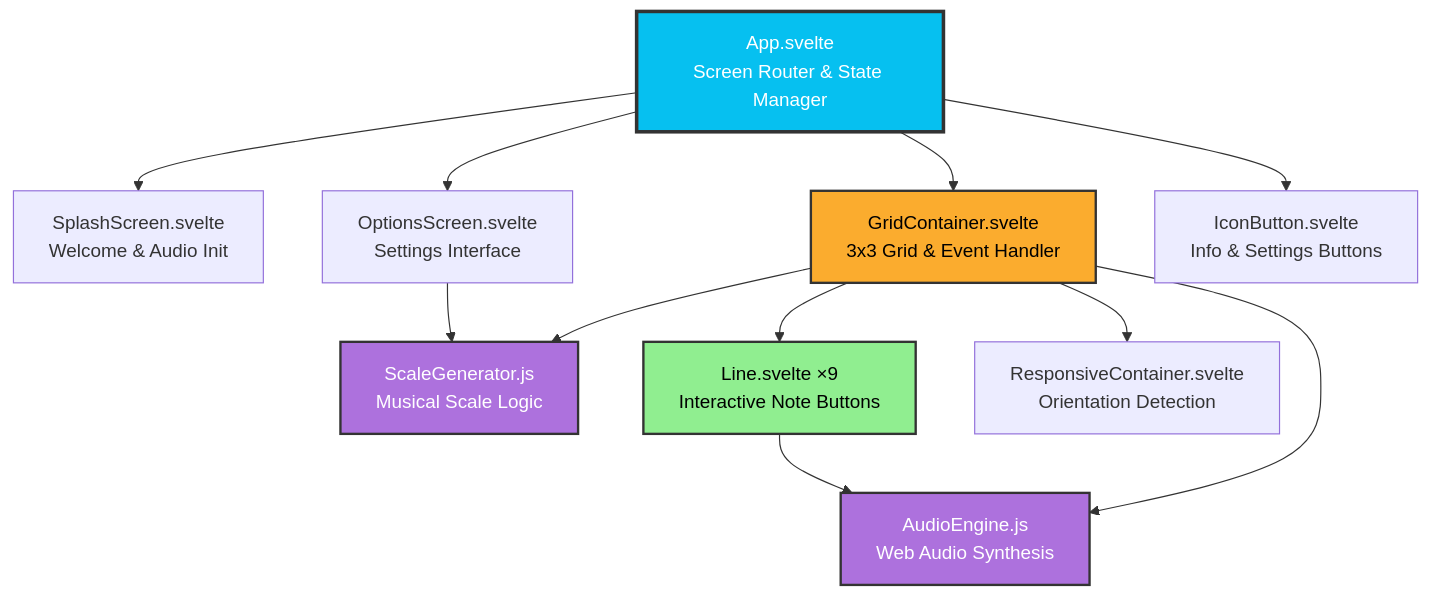
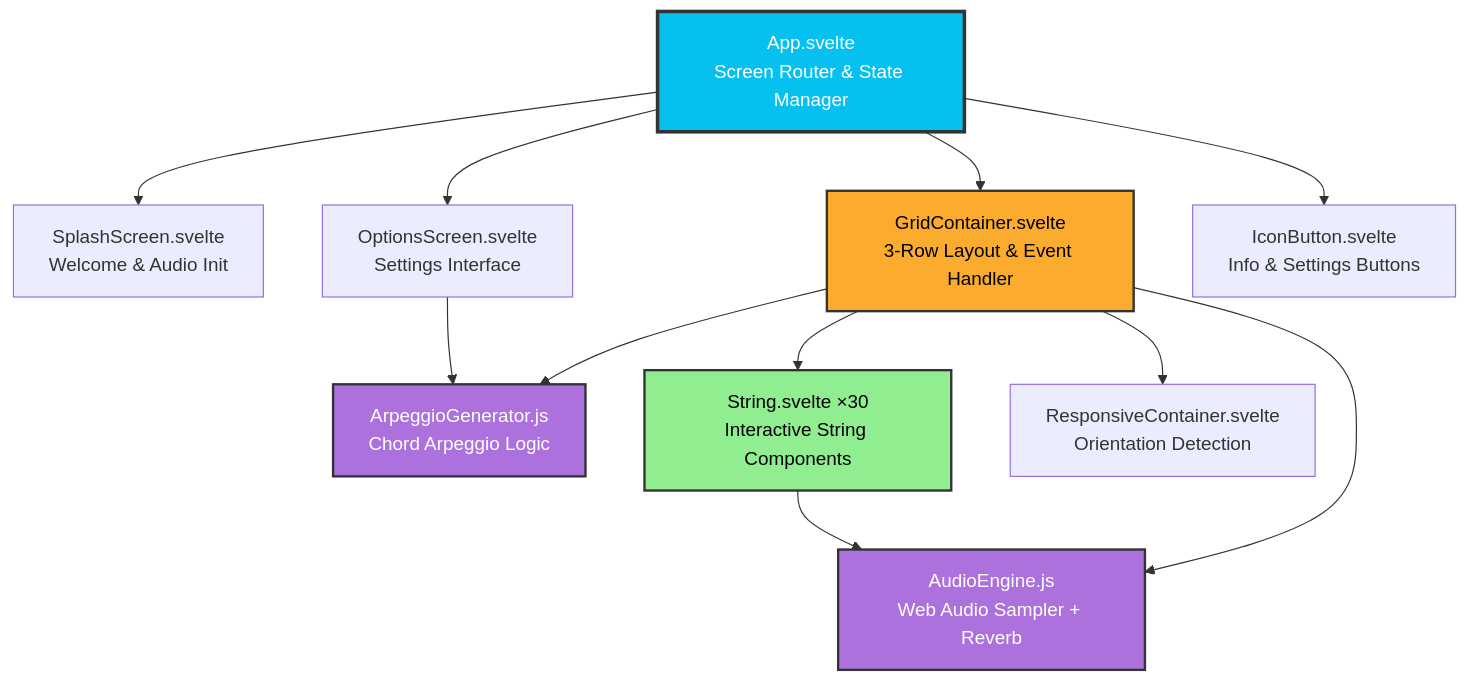
One commit to gawainhewitt/soundmakers_lines changed the diagram in README.md. Above: the diagram before and after it, drawn with Mermaid. The commit also changed other lines of this file and 4 other files, not shown here.

````diff
--- a/README.md
+++ b/README.md
@@ -133,24 +148,24 @@
 ```mermaid
 graph TD
     A[App.svelte<br/>Screen Router & State Manager] --> B[SplashScreen.svelte<br/>Welcome & Audio Init]
     A --> C[OptionsScreen.svelte<br/>Settings Interface]
-    A --> D[GridContainer.svelte<br/>3x3 Grid & Event Handler]
+    A --> D[GridContainer.svelte<br/>3-Row Layout & Event Handler]
     A --> E[IconButton.svelte<br/>Info & Settings Buttons]
     
-    D --> G[AudioEngine.js<br/>Web Audio Synthesis]
-    D --> H[ScaleGenerator.js<br/>Musical Scale Logic]
-    D --> F[Line.svelte ×9<br/>Interactive Note Buttons]
+    D --> G[AudioEngine.js<br/>Web Audio Sampler + Reverb]
+    D --> H[ArpeggioGenerator.js<br/>Chord Arpeggio Logic]
+    D --> F[String.svelte ×30<br/>Interactive String Components]
 
     
     C --> H
     
     F --> G
     
     D --> I[ResponsiveContainer.svelte<br/>Orientation Detection]
     
     style A fill:#06C0F0,stroke:#333,stroke-width:3px,color:#fff
     style D fill:#FBAC2E,stroke:#333,stroke-width:2px,color:#000
     style G fill:#AD71DD,stroke:#333,stroke-width:2px,color:#fff
     style H fill:#AD71DD,stroke:#333,stroke-width:2px,color:#fff
     style F fill:#90EE90,stroke:#333,stroke-width:2px,color:#000
 ```
````
